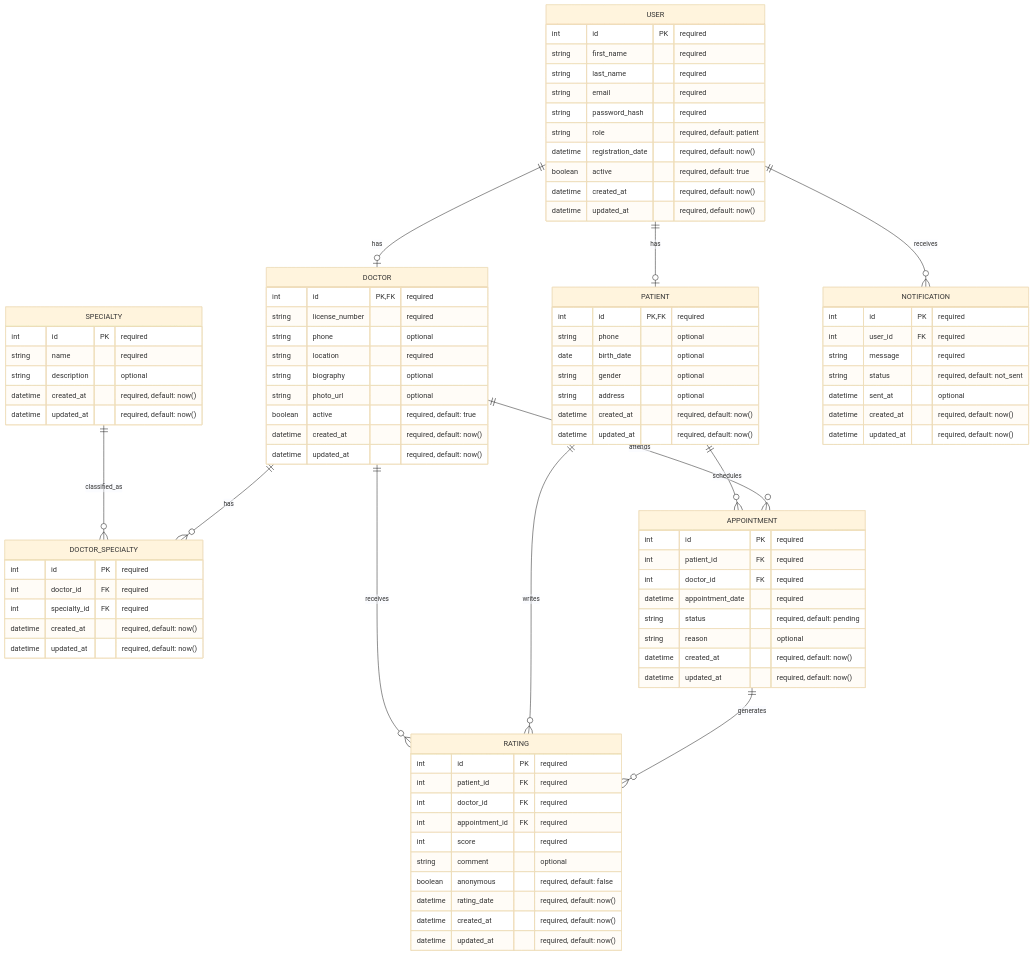
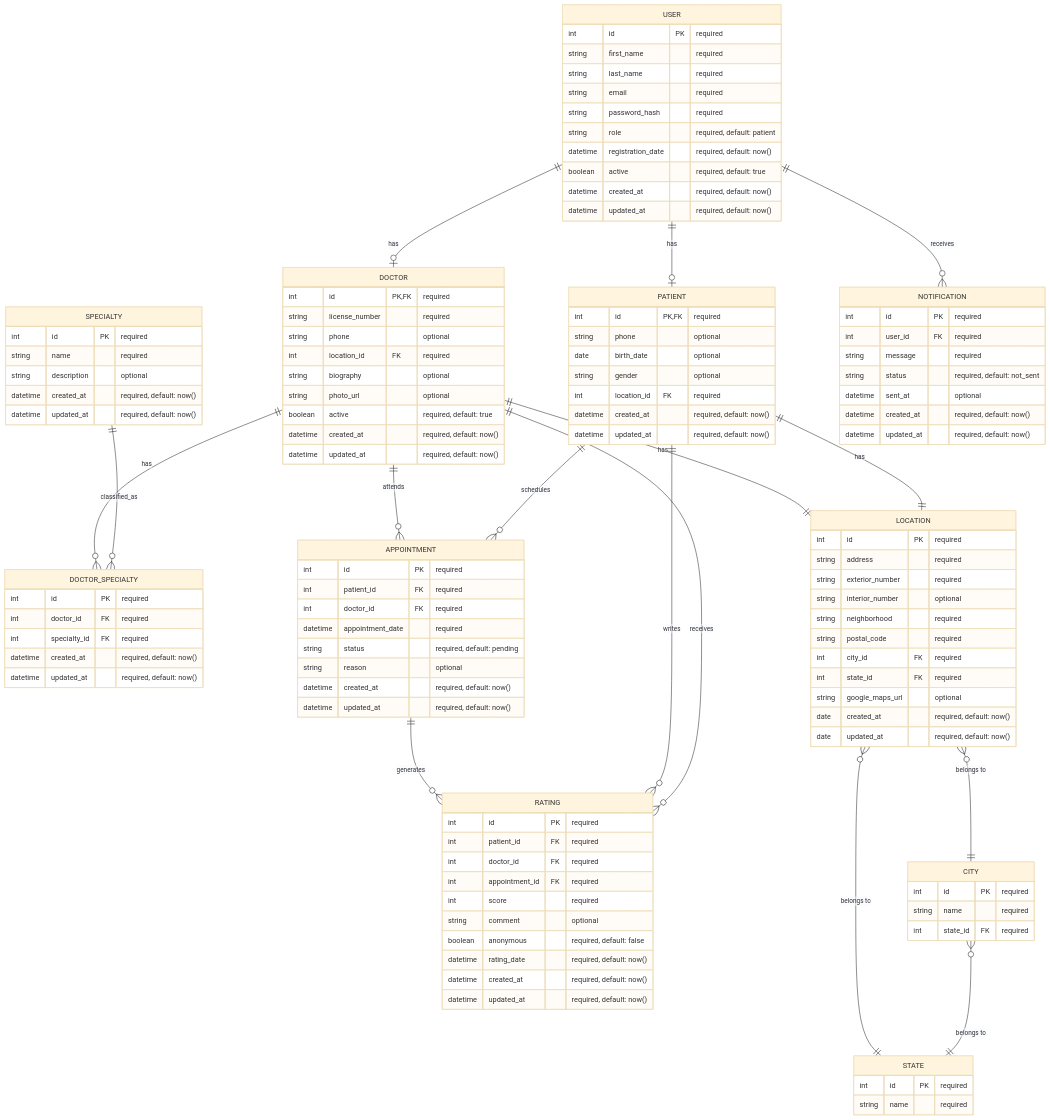
Before and after one commit to LIDR-academy/AI4Devs-finalproject: the diagram in docs/planificacion_y_documentacion/diagramas/modelo_de_datos.md, drawn with Mermaid (base theme). The commit also changed 8 other files, not shown here.

````diff
--- a/docs/planificacion_y_documentacion/diagramas/modelo_de_datos.md
+++ b/docs/planificacion_y_documentacion/diagramas/modelo_de_datos.md
@@ -16,7 +16,7 @@
         int id PK,FK "required"
         string license_number "required"
         string phone "optional"
-        string location "required"
+        int location_id FK "required"
         string biography "optional"
         string photo_url "optional"
         boolean active "required, default: true"
@@ -28,7 +28,7 @@
         string phone "optional"
         date birth_date "optional"
         string gender "optional"
-        string address "optional"
+        int location_id FK "required"
         datetime created_at "required, default: now()"
         datetime updated_at "required, default: now()"
     }
@@ -77,6 +77,28 @@
         datetime created_at "required, default: now()"
         datetime updated_at "required, default: now()"
     }
+    LOCATION {
+        int id PK "required"
+        string address "required"
+        string exterior_number "required"
+        string interior_number "optional"
+        string neighborhood "required"
+        string postal_code "required"
+        int city_id FK "required"
+        int state_id FK "required"
+        string google_maps_url "optional"
+        date created_at "required, default: now()"
+        date updated_at "required, default: now()"
+    }
+    CITY {
+        int id PK "required"
+        string name "required" 
+        int state_id FK "required"
+    }
+    STATE {
+        int id PK "required"
+        string name "required"
+    }
 
     USER ||--o| DOCTOR : has
     USER ||--o| PATIENT : has
@@ -88,4 +110,9 @@
     PATIENT ||--o{ RATING : writes
     DOCTOR ||--o{ RATING : receives
     USER ||--o{ NOTIFICATION : receives
+    DOCTOR ||--|| LOCATION : has
+    PATIENT ||--|| LOCATION : has
+    LOCATION }o--|| CITY : "belongs to"
+    LOCATION }o--|| STATE : "belongs to"
+    CITY }o--|| STATE : "belongs to"
 ```
````
